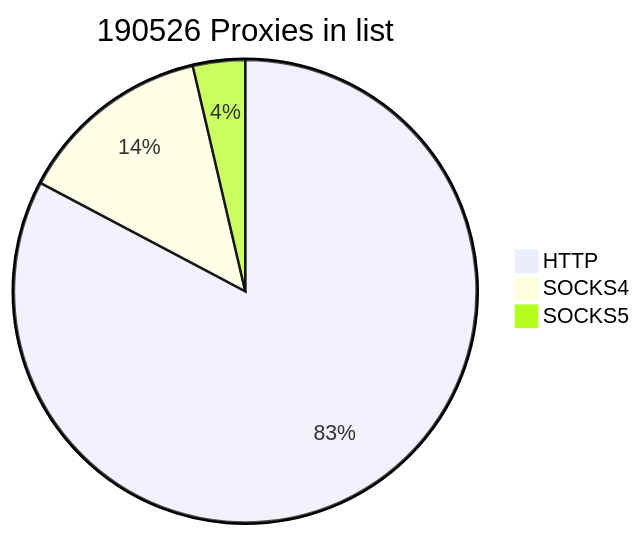
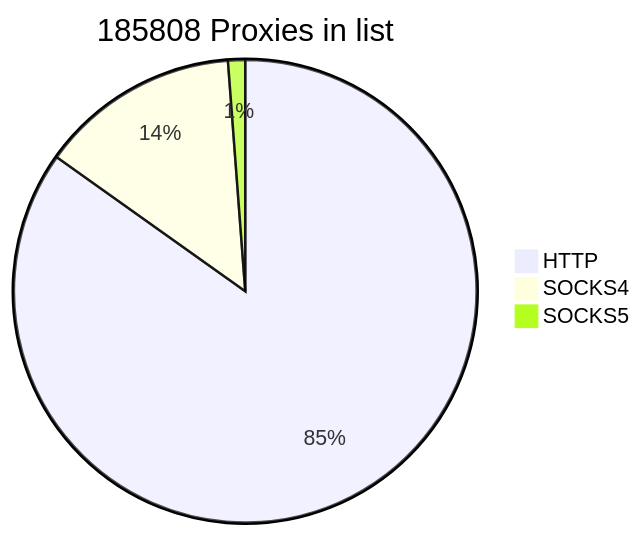
One commit to cutipu/proxylist changed the first of 2 diagrams in README.md. Above: the diagram before and after it, drawn with Mermaid. The commit also changed other lines of this file, not shown here.

````diff
--- a/README.md
+++ b/README.md
@@ -2,7 +2,7 @@
 ```mermaid
-pie title 190526 Proxies in list
-    "HTTP" : 157643
+pie title 185808 Proxies in list
+    "HTTP" : 157646
     "SOCKS4" : 25941
-    "SOCKS5" : 6942
+    "SOCKS5" : 2221
             
 ```
````
